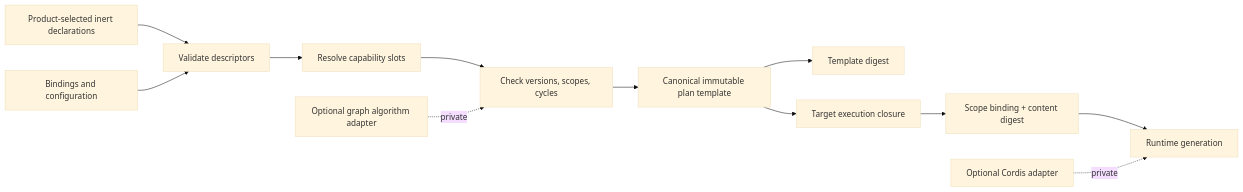
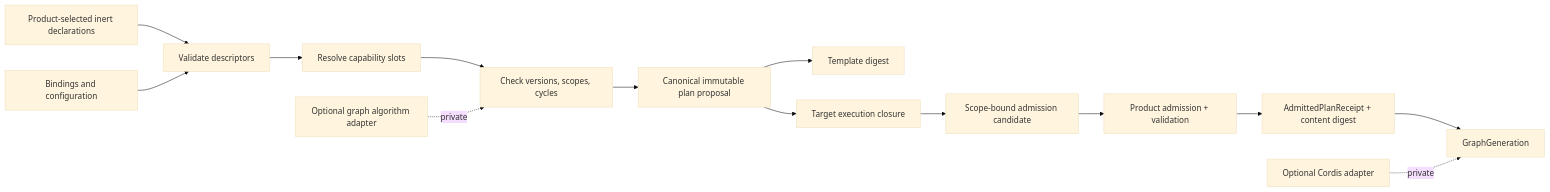
One commit to agent-teams-ai/extension-foundation changed the first of 3 diagrams in docs/qualification/universal-module-extension-system/module-graph.md. Above: the diagram before and after it, drawn with Mermaid (base theme). The commit also changed other lines of this file and 25 other files, not shown here.

Commit message:
fix(qualification): close module architecture review gaps

````diff
--- a/docs/qualification/universal-module-extension-system/module-graph.md
+++ b/docs/qualification/universal-module-extension-system/module-graph.md
@@ -28,15 +28,17 @@
 ```mermaid
 flowchart LR
     Definitions["Product-selected inert declarations"] --> Parse["Validate descriptors"]
     Profile["Bindings and configuration"] --> Parse
     Parse --> Resolve["Resolve capability slots"]
     Resolve --> Check["Check versions, scopes, cycles"]
-    Check --> Plan["Canonical immutable plan template"]
+    Check --> Plan["Canonical immutable plan proposal"]
     Plan --> TemplateDigest["Template digest"]
     Plan --> Target["Target execution closure"]
-    Target --> Scope["Scope binding + content digest"]
-    Scope --> Activate["Runtime generation"]
+    Target --> Scope["Scope-bound admission candidate"]
+    Scope --> Admit["Product admission + validation"]
+    Admit --> Receipt["AdmittedPlanReceipt + content digest"]
+    Receipt --> Activate["GraphGeneration"]
 
     Cordis["Optional Cordis adapter"] -. private .-> Activate
     Graphlib["Optional graph algorithm adapter"] -. private .-> Check
 ```
````
